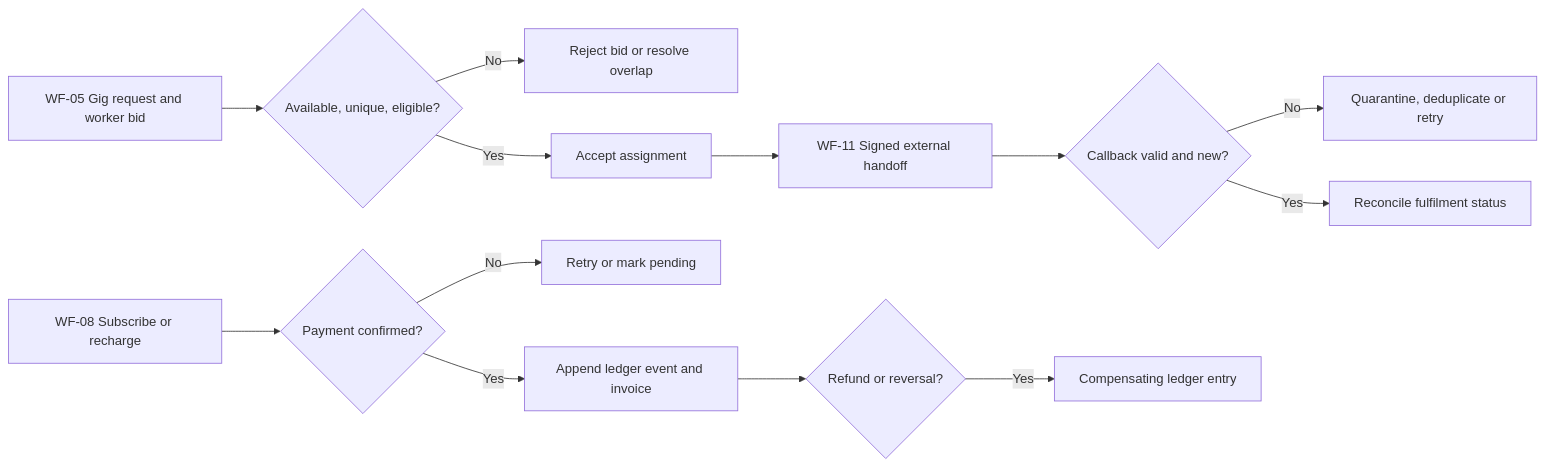
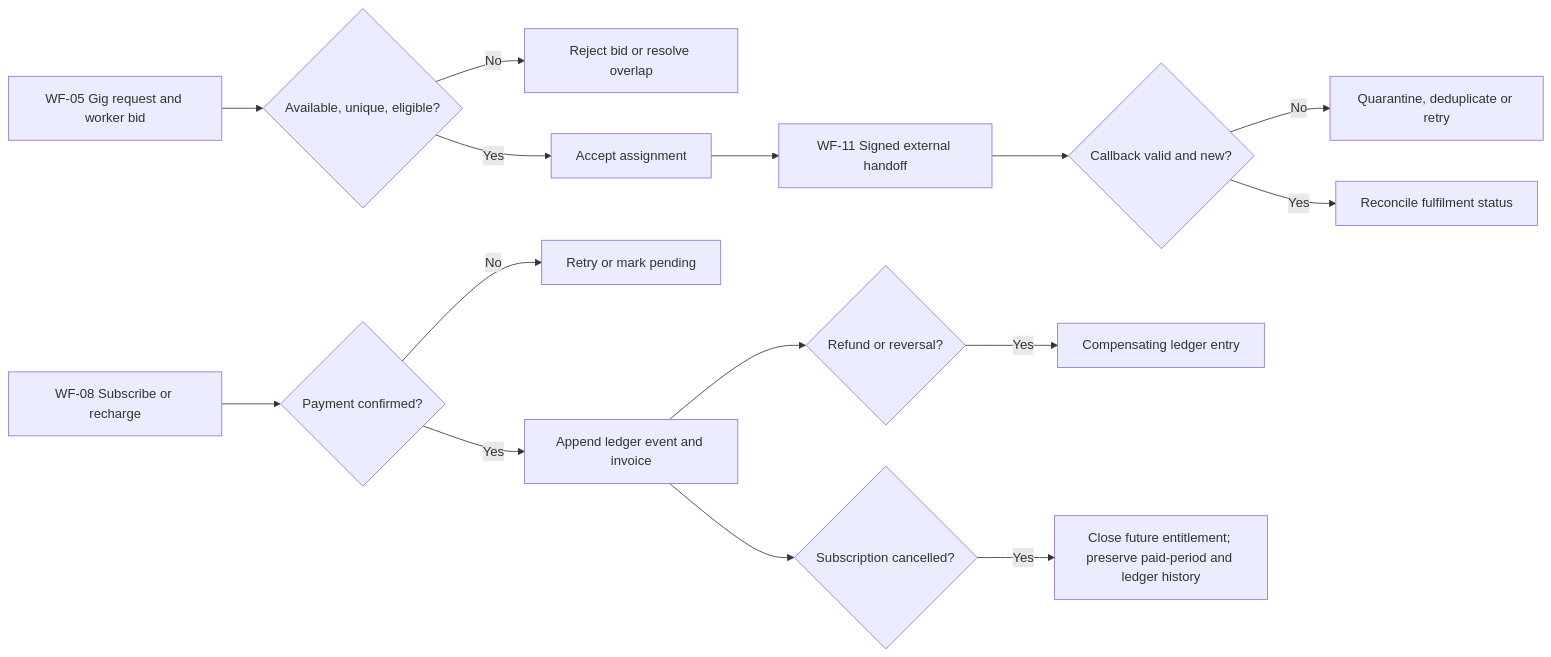
One commit to Kaileshwar16/talentra changed the second of 3 diagrams in lifecycle/01-discover/05-workflows/output-document.md. Above: the diagram before and after it, drawn with Mermaid. The commit also changed other lines of this file and 66 other files, not shown here.

````diff
--- a/lifecycle/01-discover/05-workflows/output-document.md
+++ b/lifecycle/01-discover/05-workflows/output-document.md
@@ -25,15 +77,17 @@
 ```mermaid
 flowchart LR
   A[WF-05 Gig request and worker bid] --> B{Available, unique, eligible?}
   B -- No --> X[Reject bid or resolve overlap]
   B -- Yes --> C[Accept assignment]
   C --> D[WF-11 Signed external handoff]
   D --> E{Callback valid and new?}
   E -- No --> Y[Quarantine, deduplicate or retry]
   E -- Yes --> F[Reconcile fulfilment status]
   G[WF-08 Subscribe or recharge] --> H{Payment confirmed?}
   H -- No --> Z[Retry or mark pending]
   H -- Yes --> I[Append ledger event and invoice]
   I --> J{Refund or reversal?}
   J -- Yes --> K[Compensating ledger entry]
+  I --> L{Subscription cancelled?}
+  L -- Yes --> M[Close future entitlement; preserve paid-period and ledger history]
 ```
````
